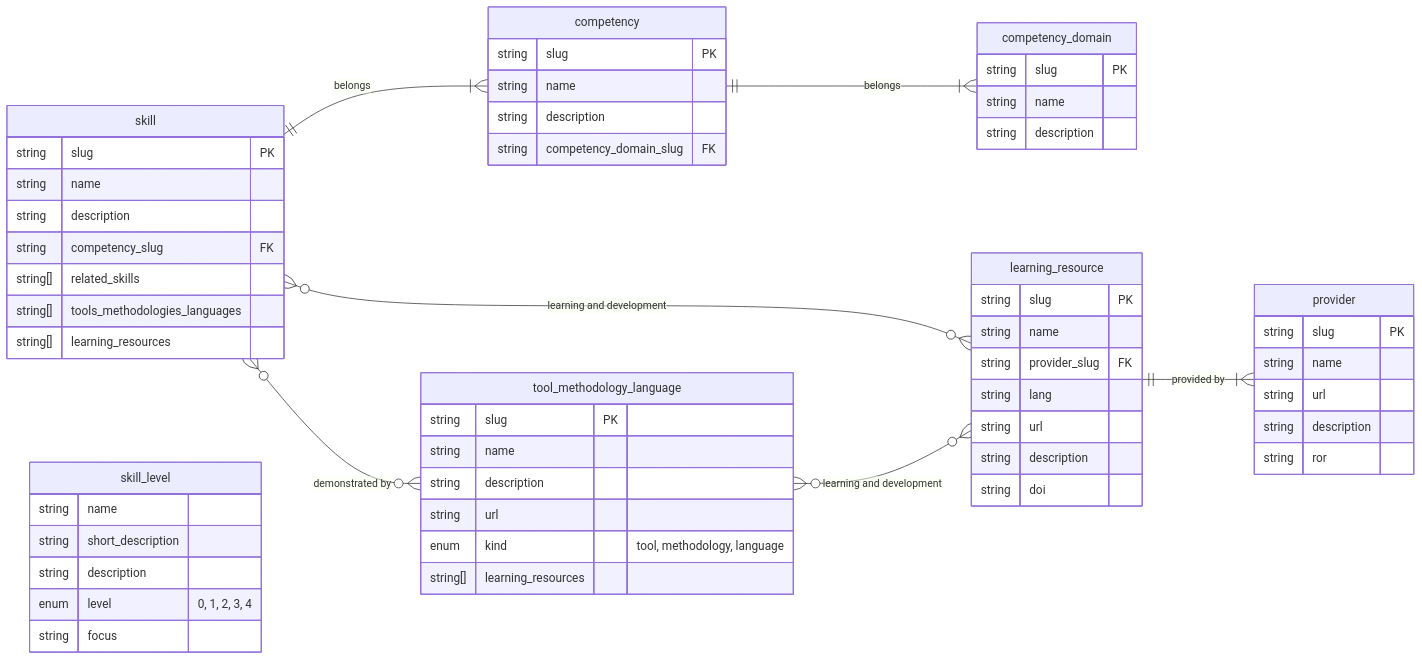
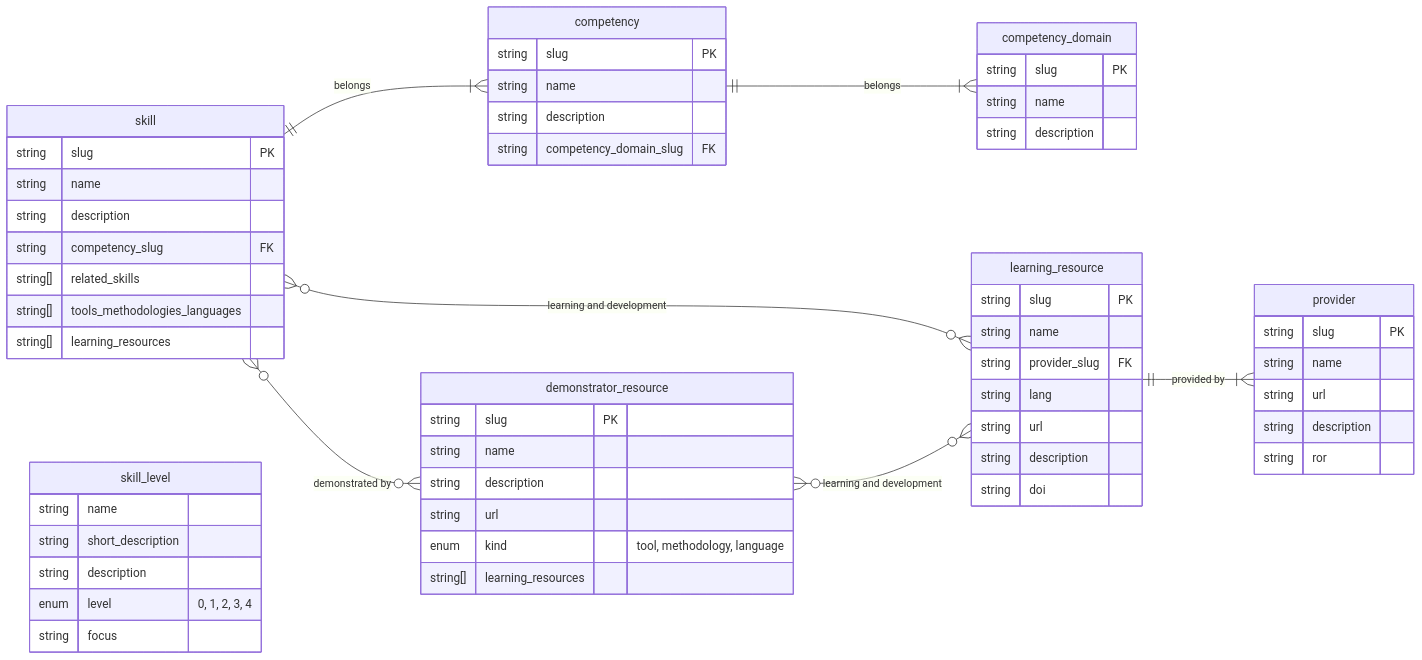
The diagram in framework/README.md (direct-framework/digital-research-competencies-framework), drawn with Mermaid before and after one commit.

````diff
--- a/framework/README.md
+++ b/framework/README.md
@@ -17,68 +17,68 @@
 ```mermaid
 erDiagram
     direction LR
     competency ||--|{competency_domain : belongs
     skill ||--|{ competency : belongs
-    skill }o--o{ tool_methodology_language : "demonstrated by"
+    skill }o--o{ demonstrator_resource : "demonstrated by"
     skill }o--o{ learning_resource: "learning and development"
-    tool_methodology_language }o--o{ learning_resource : "learning and development"
+    demonstrator_resource }o--o{ learning_resource : "learning and development"
     learning_resource ||--|{ provider : "provided by"
 
     competency_domain {
             string slug PK
 	    string name
 	    string description
     }
 
     competency {
 	    string slug PK
 	    string name
 	    string description
 	    string competency_domain_slug FK
     }
 
     skill {
 	    string slug PK
 	    string name
 	    string description
 	    string competency_slug FK
             string[] related_skills
             string[] tools_methodologies_languages
             string[] learning_resources
     }
 
-    tool_methodology_language {
+    demonstrator_resource {
         string slug PK
         string name
         string description
         string url
         enum kind "tool, methodology, language"
         string[] learning_resources
     }
 
     learning_resource {
         string slug PK
         string name
         string provider_slug FK
         string lang
         string url
         string description
         string doi
     }
 
     provider {
         string slug PK
         string name
         string url
         string description
         string ror
     }
 
     skill_level {
 	    string name
 	    string short_description
 	    string description
             enum level "0, 1, 2, 3, 4"
 		string focus
     }
 ```
````
